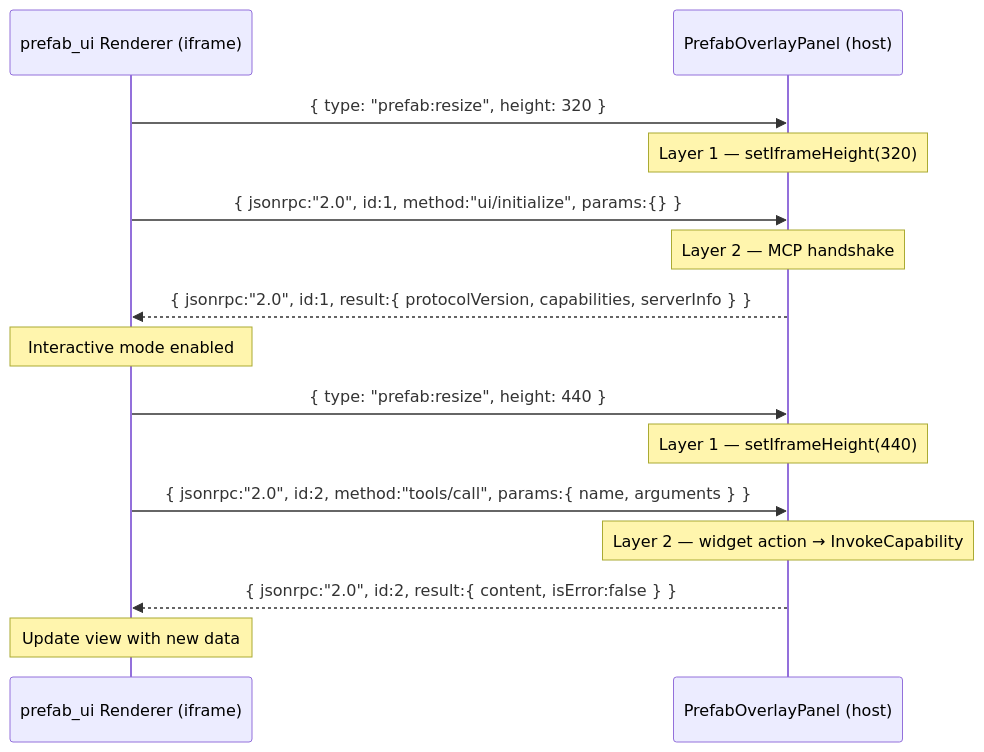
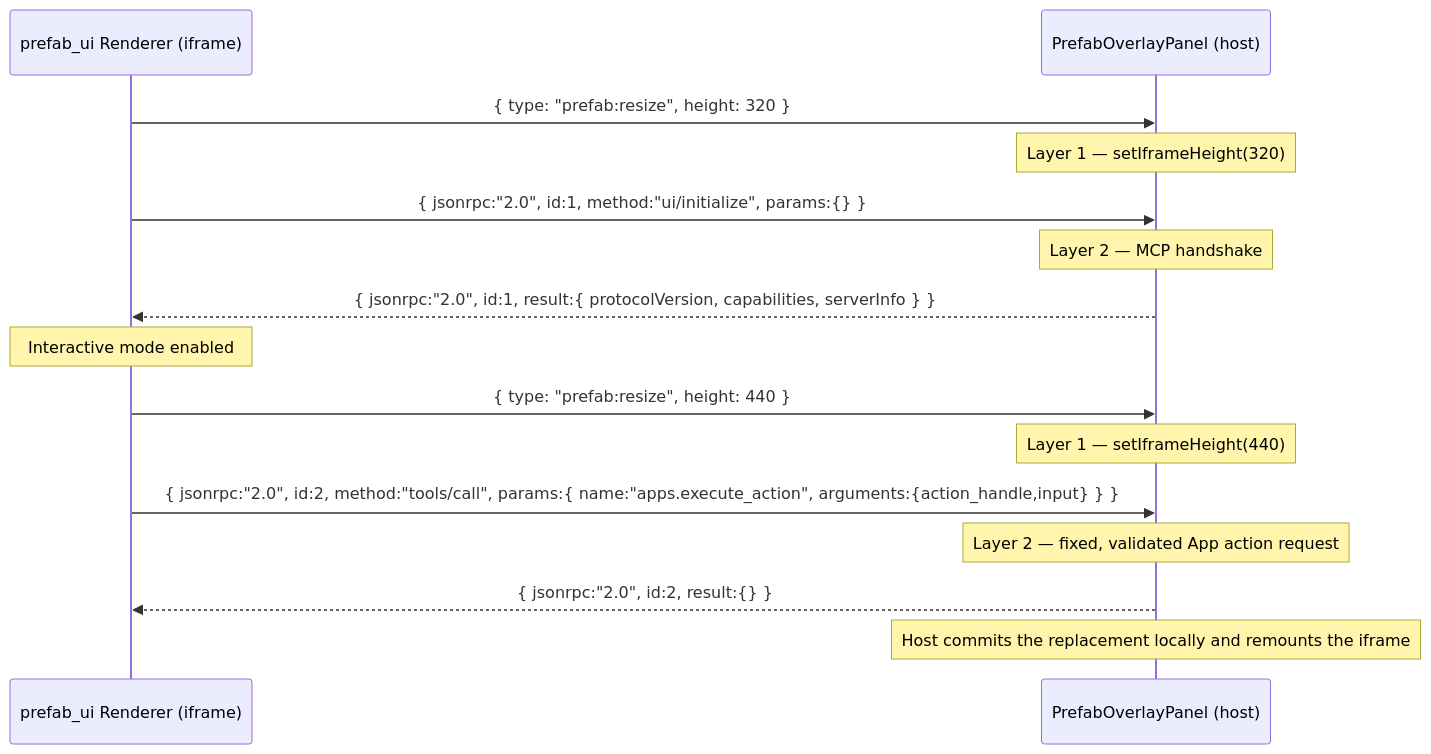
One commit to CharlieAtki06/SovereignAgenticArchitecture changed the third of 7 diagrams in docs/fastmcp-apps-and-prefab-overlay.md. Above: the diagram before and after it, drawn with Mermaid. The commit also changed other lines of this file and 7 other files, not shown here.

````diff
--- a/docs/fastmcp-apps-and-prefab-overlay.md
+++ b/docs/fastmcp-apps-and-prefab-overlay.md
@@ -301,21 +367,21 @@
 ```mermaid
 sequenceDiagram
     participant R as prefab_ui Renderer (iframe)
     participant H as PrefabOverlayPanel (host)
 
     R->>H: { type: "prefab:resize", height: 320 }
     Note over H: Layer 1 — setIframeHeight(320)
 
     R->>H: { jsonrpc:"2.0", id:1, method:"ui/initialize", params:{} }
     Note over H: Layer 2 — MCP handshake
     H-->>R: { jsonrpc:"2.0", id:1, result:{ protocolVersion, capabilities, serverInfo } }
     Note over R: Interactive mode enabled
 
     R->>H: { type: "prefab:resize", height: 440 }
     Note over H: Layer 1 — setIframeHeight(440)
 
-    R->>H: { jsonrpc:"2.0", id:2, method:"tools/call", params:{ name, arguments } }
-    Note over H: Layer 2 — widget action → InvokeCapability
-    H-->>R: { jsonrpc:"2.0", id:2, result:{ content, isError:false } }
-    Note over R: Update view with new data
+    R->>H: { jsonrpc:"2.0", id:2, method:"tools/call", params:{ name:"apps.execute_action", arguments:{action_handle,input} } }
+    Note over H: Layer 2 — fixed, validated App action request
+    H-->>R: { jsonrpc:"2.0", id:2, result:{} }
+    Note over H: Host commits the replacement locally and remounts the iframe
 ```
````
